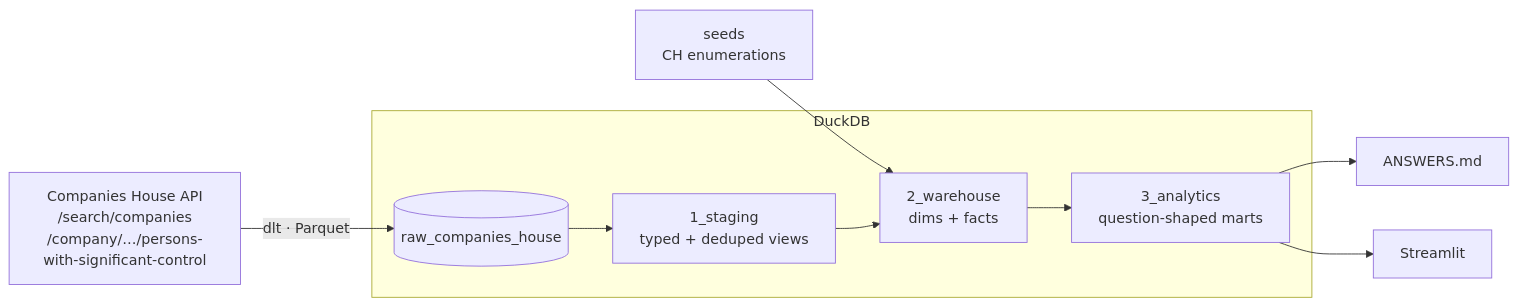
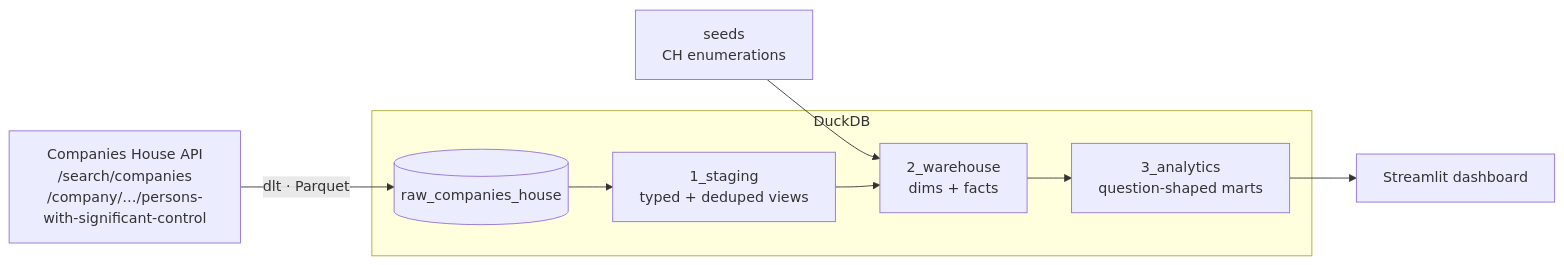
One commit to Zain-E/sonovate_tech_test changed the diagram in README.md. Above: the diagram before and after it, drawn with Mermaid. The commit also changed other lines of this file and 17 other files, not shown here.

````diff
--- a/README.md
+++ b/README.md
@@ -8,16 +8,15 @@
 ```mermaid
 flowchart LR
     API[Companies House API<br/>/search/companies<br/>/company/…/persons-with-significant-control] -->|dlt · Parquet| RAW[(raw_companies_house)]
     RAW --> STG[1_staging<br/>typed + deduped views]
     SEEDS[seeds<br/>CH enumerations] --> WH
     STG --> WH[2_warehouse<br/>dims + facts]
     WH --> AN[3_analytics<br/>question-shaped marts]
-    AN --> MD[ANSWERS.md]
-    AN --> APP[Streamlit]
+    AN --> APP[Streamlit dashboard]
     subgraph DuckDB
       RAW
       STG
       WH
       AN
     end
 ```
````
